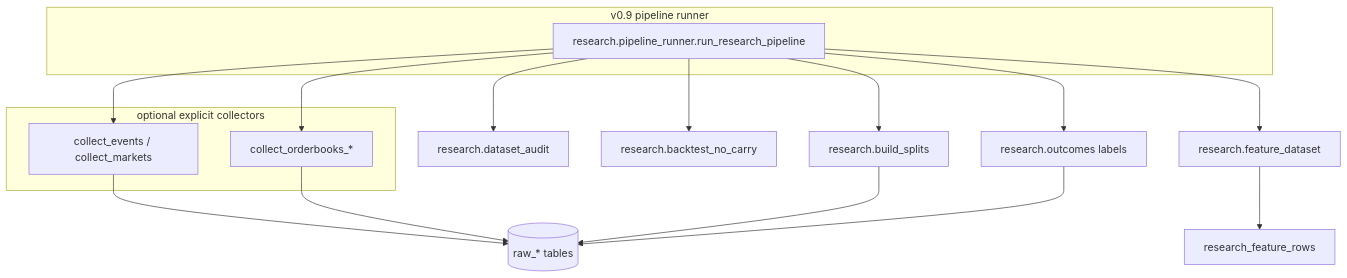
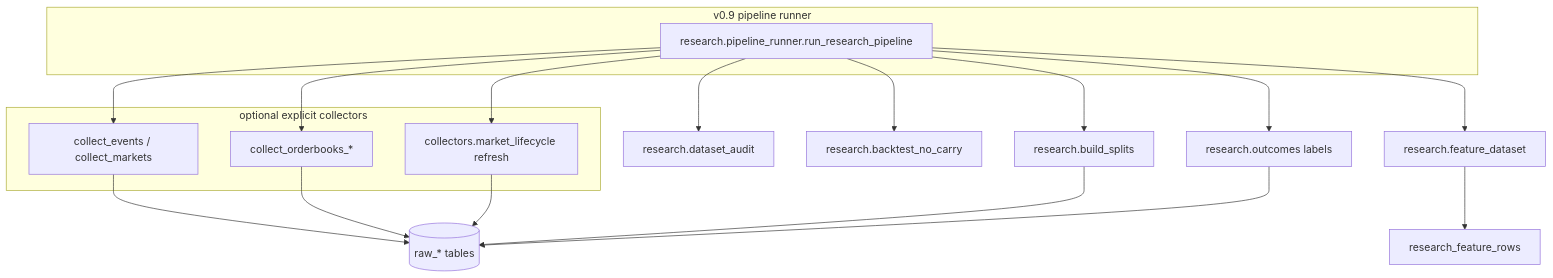
One commit to aryanbonigala/No-Contracts changed the third of 4 diagrams in docs/ARCHITECTURE.md. Above: the diagram before and after it, drawn with Mermaid. The commit also changed other lines of this file and 16 other files, not shown here.

Commit message:
v0.15 add market lifecycle refresh

````diff
--- a/docs/ARCHITECTURE.md
+++ b/docs/ARCHITECTURE.md
@@ -101,23 +103,26 @@
 ```mermaid
 flowchart TD
   subgraph v09 [v0.9 pipeline runner]
     RPR[research.pipeline_runner.run_research_pipeline]
   end
   subgraph optional_net [optional explicit collectors]
     CM[collect_events / collect_markets]
     CO[collect_orderbooks_*]
+    LR[collectors.market_lifecycle refresh]
   end
   RAW[(raw_* tables)]
   RPR --> CM
   RPR --> CO
   CM --> RAW
   CO --> RAW
+  RPR --> LR
+  LR --> RAW
   RPR --> BC[research.build_splits]
   BC --> RAW
   RPR --> LB[research.outcomes labels]
   LB --> RAW
   RPR --> FE[research.feature_dataset]
   FE --> RFR[research_feature_rows]
   RPR --> AUD[research.dataset_audit]
   RPR --> BT[research.backtest_no_carry]
 ```
````
